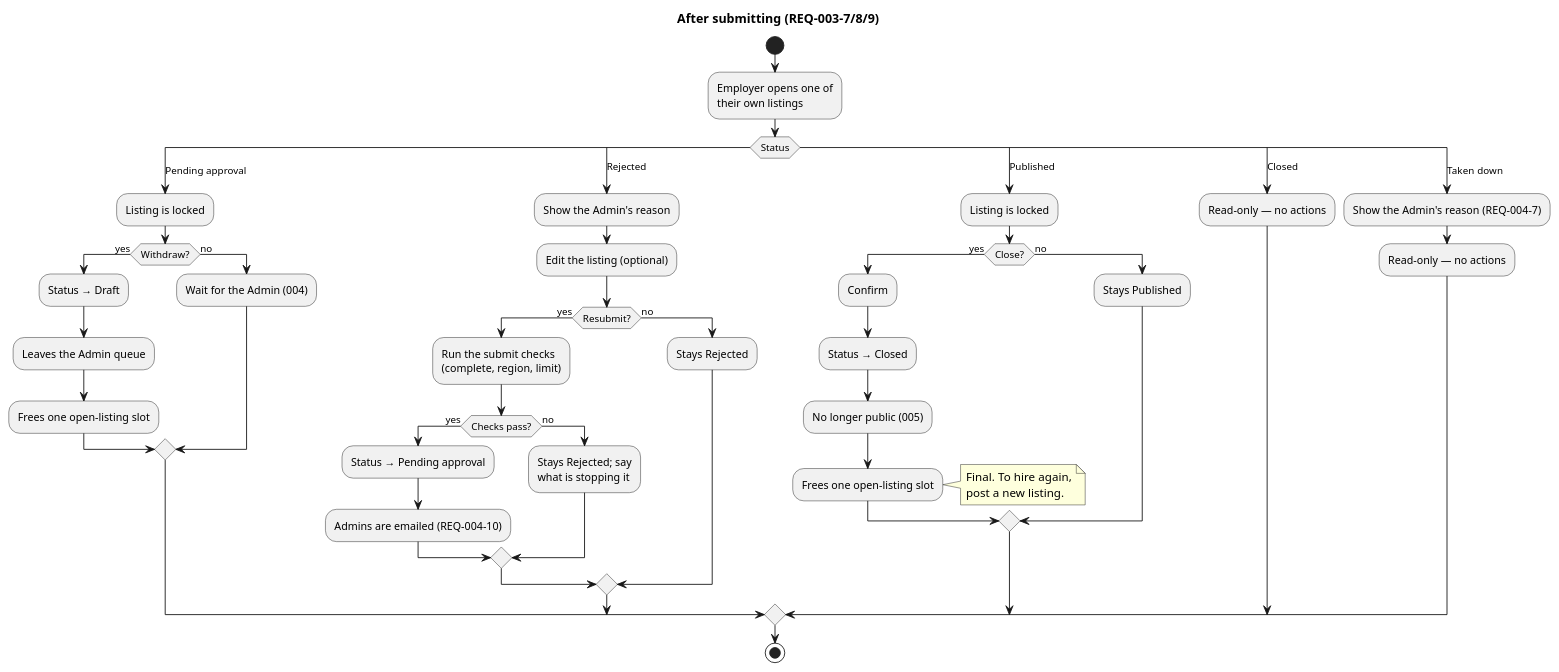
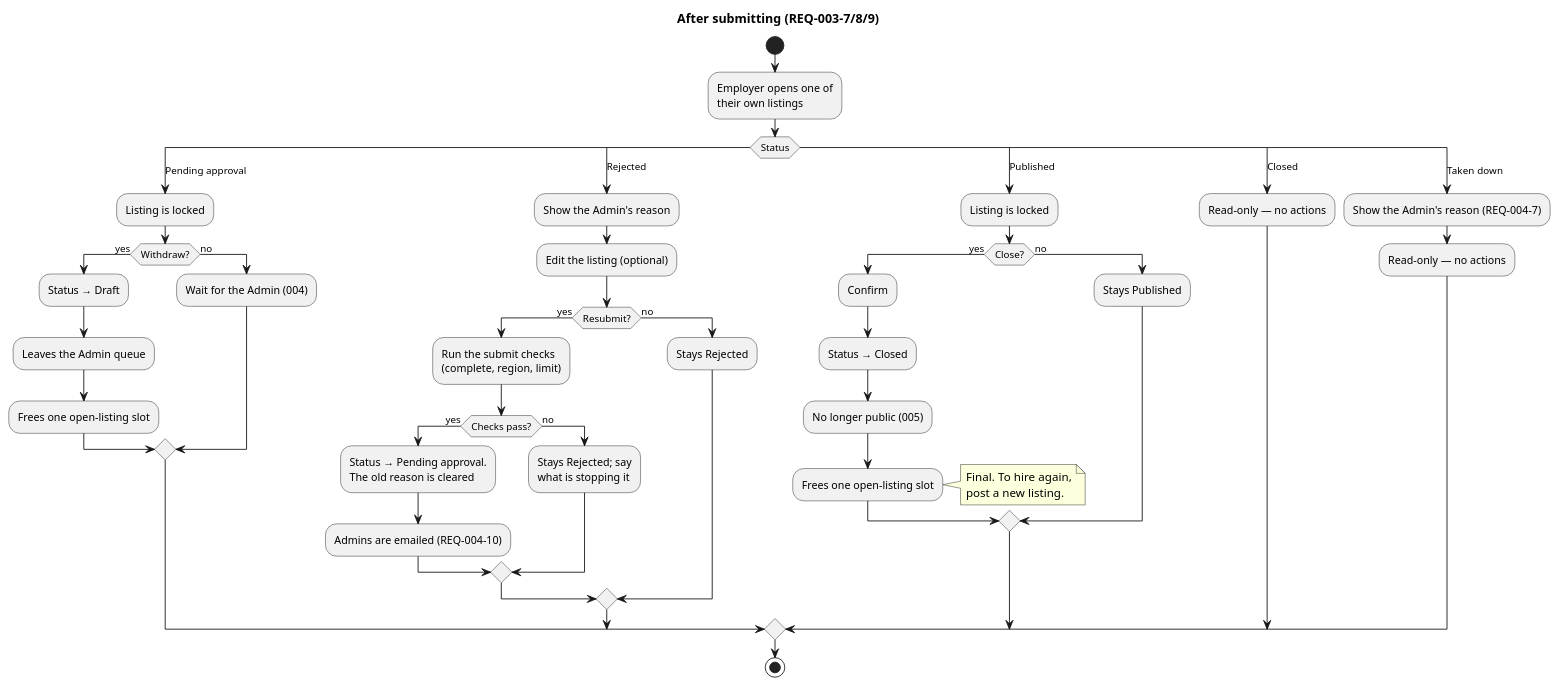
One commit to raseniero/jairojobs-elixir changed the diagram in docs/specs/003-listings-employer-posting/diagrams/activity-after-submitting.puml. Above: the diagram before and after it, drawn with PlantUML. The commit also changed 12 other files, not shown here.

Commit message:
docs(spec 003): diagrams draw what the requirements already said; Closed and Taken down are final for everyone

```diff
--- a/docs/specs/003-listings-employer-posting/diagrams/activity-after-submitting.puml
+++ b/docs/specs/003-listings-employer-posting/diagrams/activity-after-submitting.puml
@@ -1,55 +1,56 @@
 @startuml activity-after-submitting
 ' Spec 003 — withdraw, fix a rejected listing, close a published one (REQ-003-7, -8, -9)
 title After submitting (REQ-003-7/8/9)
 
 start
 :Employer opens one of
 their own listings;
 switch (Status)
 case (Pending approval)
   :Listing is locked;
   if (Withdraw?) then (yes)
     :Status → Draft;
     :Leaves the Admin queue;
     :Frees one open-listing slot;
   else (no)
     :Wait for the Admin (004);
   endif
 case (Rejected)
   :Show the Admin's reason;
   :Edit the listing (optional);
   if (Resubmit?) then (yes)
     :Run the submit checks
     (complete, region, limit);
     if (Checks pass?) then (yes)
-      :Status → Pending approval;
+      :Status → Pending approval.
+      The old reason is cleared;
       :Admins are emailed (REQ-004-10);
     else (no)
       :Stays Rejected; say
       what is stopping it;
     endif
   else (no)
     :Stays Rejected;
   endif
 case (Published)
   :Listing is locked;
   if (Close?) then (yes)
     :Confirm;
     :Status → Closed;
     :No longer public (005);
     :Frees one open-listing slot;
     note right
       Final. To hire again,
       post a new listing.
     end note
   else (no)
     :Stays Published;
   endif
 case (Closed)
   :Read-only — no actions;
 case (Taken down)
   :Show the Admin's reason (REQ-004-7);
   :Read-only — no actions;
 endswitch
 stop
 @enduml
```
